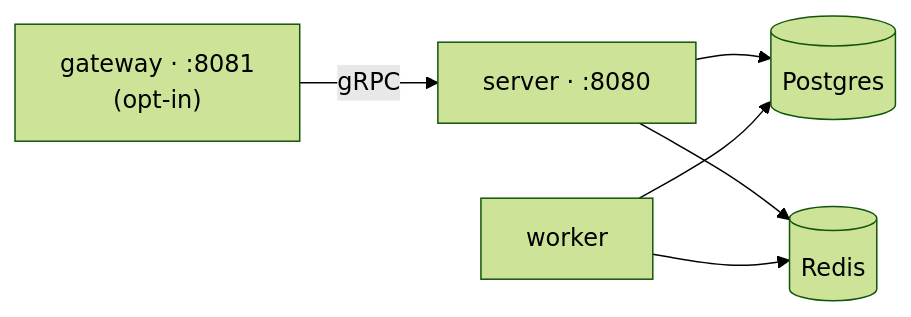
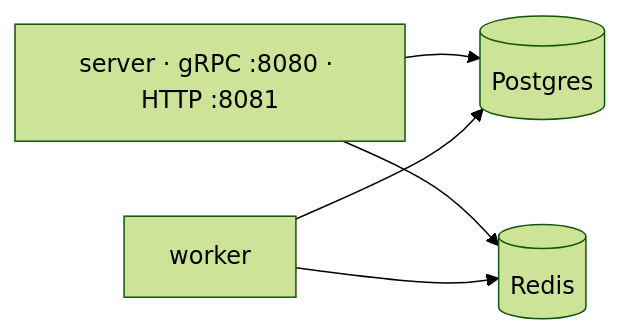
One commit to isyll/go-api-starter changed the diagram in docs/getting-started.md. Above: the diagram before and after it, drawn with Mermaid (forest theme). The commit also changed other lines of this file and 5 other files, not shown here.

Commit message:
document the http surface and drop opt-in gateway

````diff
--- a/docs/getting-started.md
+++ b/docs/getting-started.md
@@ -27,12 +28,10 @@
 ```mermaid
 flowchart LR
-    SV["server · :8080"]
+    SV["server · gRPC :8080 · HTTP :8081"]
     WK["worker"]
-    GW["gateway · :8081<br/>(opt-in)"]
 
     SV --> PG[("Postgres")]
     SV --> RD[("Redis")]
     WK --> PG
     WK --> RD
-    GW -->|gRPC| SV
 ```
````
